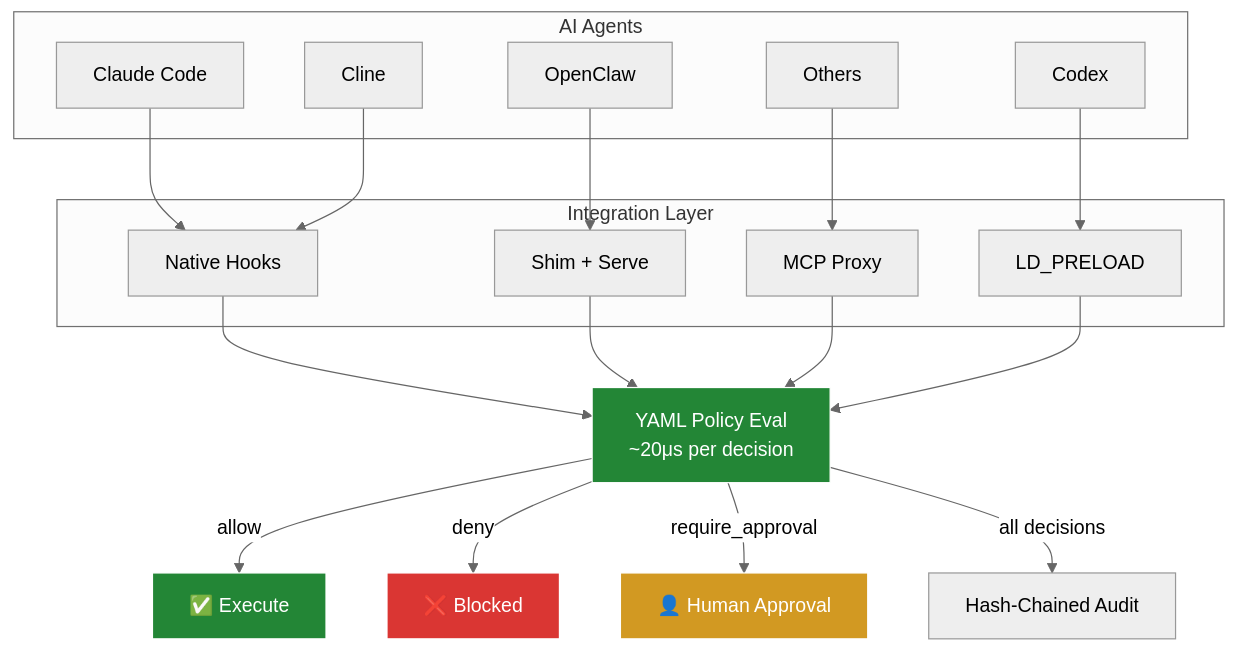
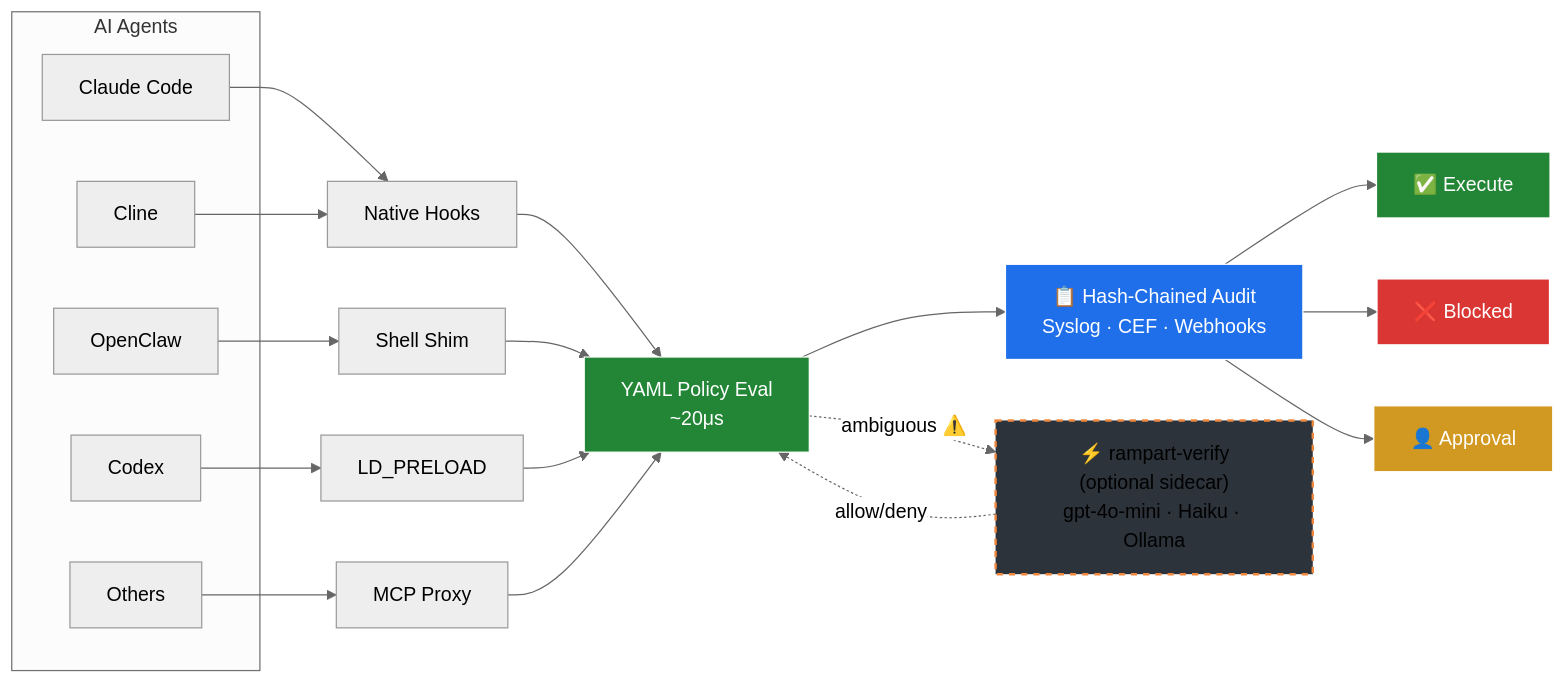
Before and after one commit to peg/rampart: the diagram in docs-site/index.md, drawn with Mermaid (neutral theme).

Commit message:
docs: update docs-site diagram to match README

````diff
--- a/docs-site/index.md
+++ b/docs-site/index.md
@@ -74,41 +74,33 @@
 ```mermaid
-graph TB
+graph LR
     subgraph "AI Agents"
         CC[Claude Code]
         CL[Cline]
+        OC[OpenClaw]
         CX[Codex]
-        OC[OpenClaw]
         O[Others]
     end
 
-    subgraph "Integration Layer"
-        H[Native Hooks]
-        S[Shim + Serve]
-        M[MCP Proxy]
-        P[LD_PRELOAD]
-    end
+    CC & CL --> H[Native Hooks]
+    OC --> S[Shell Shim]
+    CX --> P[LD_PRELOAD]
+    O --> M[MCP Proxy]
 
-    PE[YAML Policy Eval<br/>~20μs per decision]
+    H & S & P & M --> PE[YAML Policy Eval<br/>~20μs]
 
-    PE -->|allow| PASS[✅ Execute]
-    PE -->|deny| BLOCK[❌ Blocked]
-    PE -->|require_approval| APR[👤 Human Approval]
+    PE --> AU[📋 Hash-Chained Audit<br/>Syslog · CEF · Webhooks]
 
-    CC --> H
-    CL --> H
-    CX --> P
-    OC --> S
-    O --> M
+    AU --> PASS[✅ Execute]
+    AU --> BLOCK[❌ Blocked]
+    AU --> APR[👤 Approval]
 
-    H --> PE
-    S --> PE
-    M --> PE
-    P --> PE
-
-    PE -->|all decisions| AU[Hash-Chained Audit]
+    PE -. "ambiguous ⚠️" .-> SB["⚡ rampart-verify<br/>(optional sidecar)<br/>gpt-4o-mini · Haiku · Ollama"]
+    SB -. allow/deny .-> PE
 
     style PE fill:#238636,stroke:#fff,color:#fff
+    style AU fill:#1f6feb,stroke:#fff,color:#fff
+    style BLOCK fill:#da3633,stroke:#fff,color:#fff
     style APR fill:#d29922,stroke:#fff,color:#fff
-    style BLOCK fill:#da3633,stroke:#fff,color:#fff
     style PASS fill:#238636,stroke:#fff,color:#fff
+    style SB fill:#2d333b,stroke:#f0883e,stroke-width:2px,stroke-dasharray: 5 5
 ```
````
